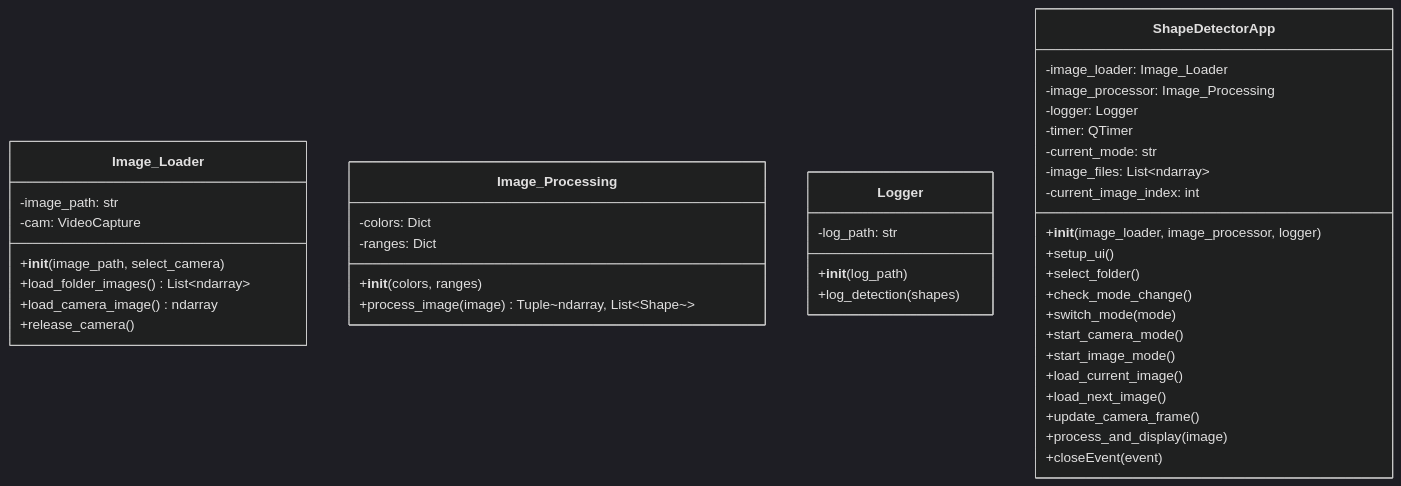
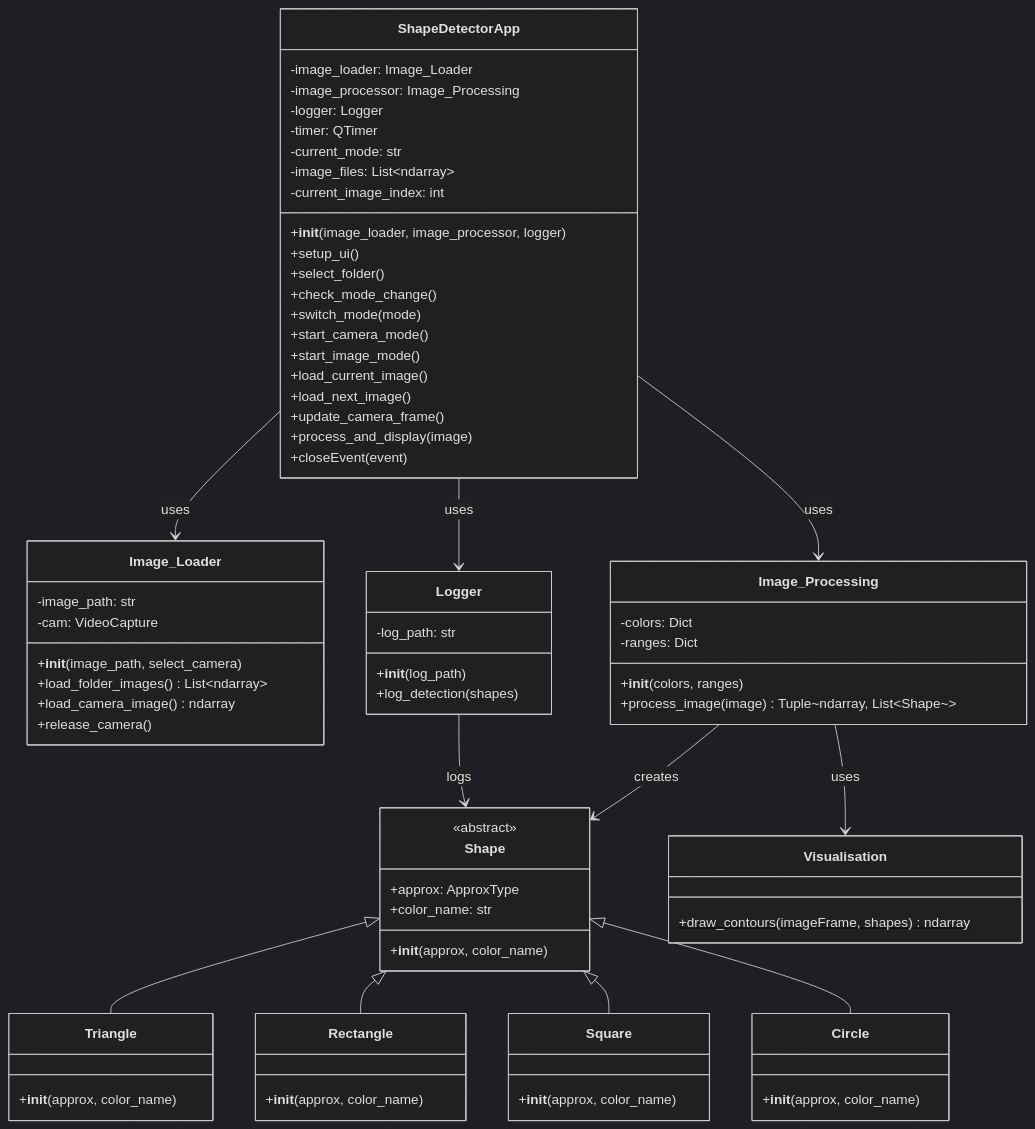
The diagram in README.md (TimPatrickProgramming/Software_Enginering_Pattern_Recognition), drawn with Mermaid (dark theme) before and after one commit.

Commit message:
Static view Class diagram finished
- Finished the Class diagram
- Added the Shape calss and its subcalsses
-- Triangle
-- Rectangle
-- Square
-- Circle
- Added Visualisation class

````diff
--- a/README.md
+++ b/README.md
@@ -41,5 +41,27 @@
 ```mermaid
 classDiagram
+    class Shape {
+        <<abstract>>
+        +approx: ApproxType
+        +color_name: str
+        +__init__(approx, color_name)
+    }
+    
+    class Triangle {
+        +__init__(approx, color_name)
+    }
+    
+    class Rectangle {
+        +__init__(approx, color_name)
+    }
+    
+    class Square {
+        +__init__(approx, color_name)
+    }
+    
+    class Circle {
+        +__init__(approx, color_name)
+    }
     
     class Image_Loader {
         -image_path: str
@@ -63,6 +85,10 @@
         +log_detection(shapes)
     }
     
+    class Visualisation {
+        +draw_contours(imageFrame, shapes)$ ndarray
+    }
+    
     class ShapeDetectorApp {
         -image_loader: Image_Loader
         -image_processor: Image_Processing
@@ -84,4 +110,16 @@
         +process_and_display(image)
         +closeEvent(event)
     }
+    
+    Shape <|-- Triangle
+    Shape <|-- Rectangle
+    Shape <|-- Square
+    Shape <|-- Circle
+    
+    Image_Processing --> Shape : creates
+    Image_Processing --> Visualisation : uses
+    ShapeDetectorApp --> Image_Loader : uses
+    ShapeDetectorApp --> Image_Processing : uses
+    ShapeDetectorApp --> Logger : uses
+    Logger --> Shape : logs
 ```
````
